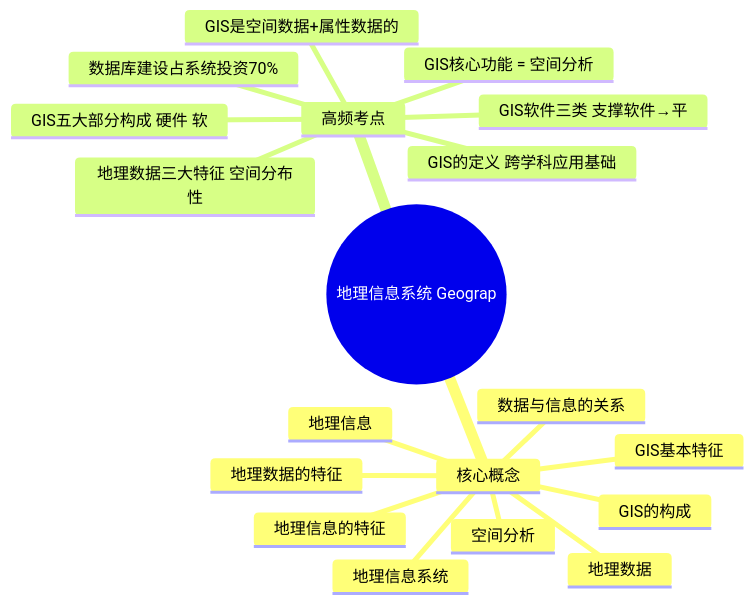
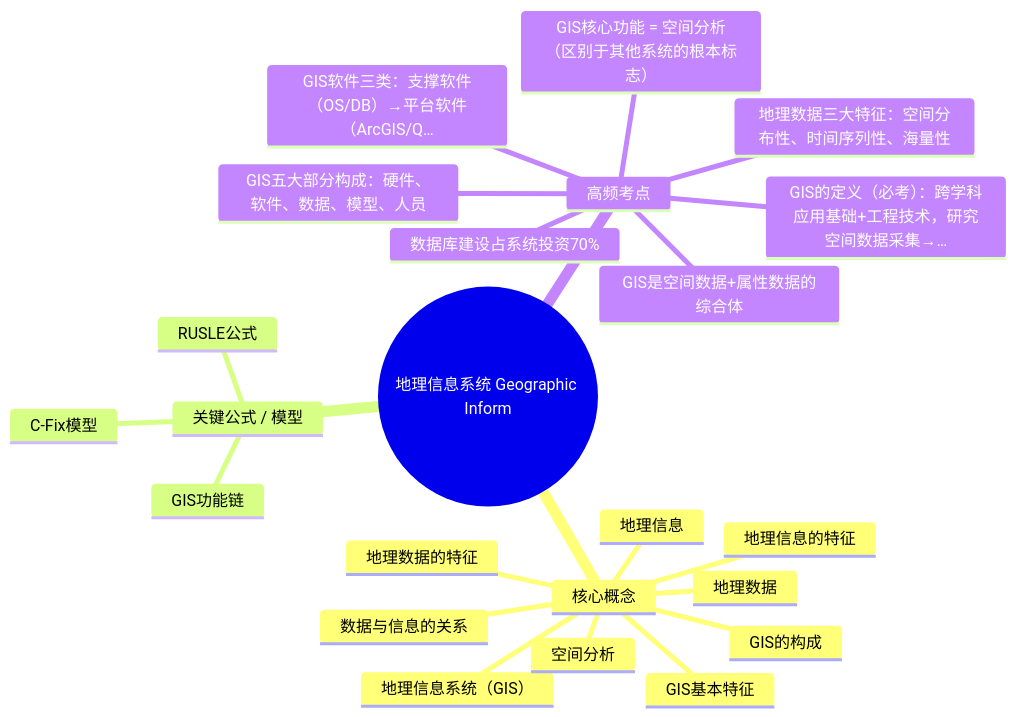
Before and after one commit to dao-genesis/xuexi-fuxi: the diagram in 地理信息系统/02_解析成果/_素材/_第01章_地理信息系统_Geographic_Information_System,_GI.md, drawn with Mermaid. The commit also changed other lines of this file and 47 other files, not shown here.

````diff
--- a/地理信息系统/02_解析成果/_素材/_第01章_地理信息系统_Geographic_Information_System,_GI.md
+++ b/地理信息系统/02_解析成果/_素材/_第01章_地理信息系统_Geographic_Information_System,_GI.md
@@ -1667,22 +1671,26 @@
 ```mermaid
 mindmap
-  root((地理信息系统 Geograp))
+  root((地理信息系统 Geographic Inform))
     核心概念
-      地理信息系统
+      地理信息系统（GIS）
       地理数据
       地理信息
       数据与信息的关系
       地理数据的特征
       地理信息的特征
       GIS的构成
       GIS基本特征
       空间分析
+    关键公式 / 模型
+      RUSLE公式
+      C-Fix模型
+      GIS功能链
     高频考点
-      GIS的定义 跨学科应用基础
-      GIS五大部分构成 硬件 软
-      GIS核心功能 = 空间分析
-      GIS是空间数据+属性数据的
-      地理数据三大特征 空间分布性
+      GIS的定义（必考）：跨学科应用基础+工程技术，研究空间数据采集→…
+      GIS五大部分构成：硬件、软件、数据、模型、人员
+      GIS核心功能 = 空间分析（区别于其他系统的根本标志）
+      GIS是空间数据+属性数据的综合体
+      地理数据三大特征：空间分布性、时间序列性、海量性
       数据库建设占系统投资70%
-      GIS软件三类 支撑软件→平
+      GIS软件三类：支撑软件（OS/DB）→平台软件（ArcGIS/Q…
 ```
````
